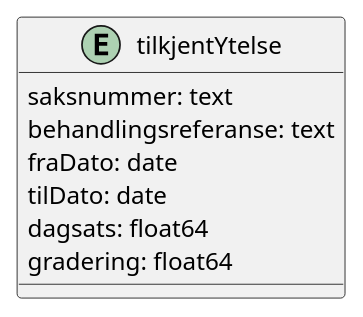
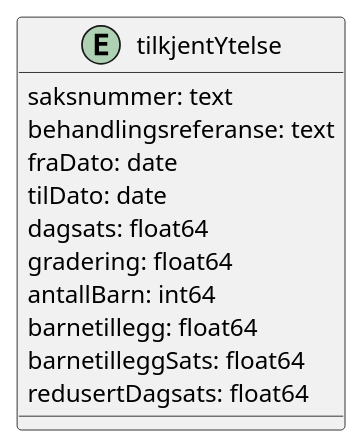
The diagram in diagrams/tilkjent_ytelse_tabell.puml (navikt/aap-intern-sysdok), drawn with PlantUML before and after one commit.

Commit message:
Oppdater diagram for tilkjent ytelse-tabell

```diff
--- a/diagrams/tilkjent_ytelse_tabell.puml
+++ b/diagrams/tilkjent_ytelse_tabell.puml
@@ -1,12 +1,15 @@
 @startuml
 
 entity "tilkjentYtelse" {
         saksnummer: text
         behandlingsreferanse: text
         fraDato: date
         tilDato: date
         dagsats: float64
         gradering: float64
-
+        antallBarn: int64
+        barnetillegg: float64
+        barnetilleggSats: float64
+        redusertDagsats: float64
 }
 @enduml
```
